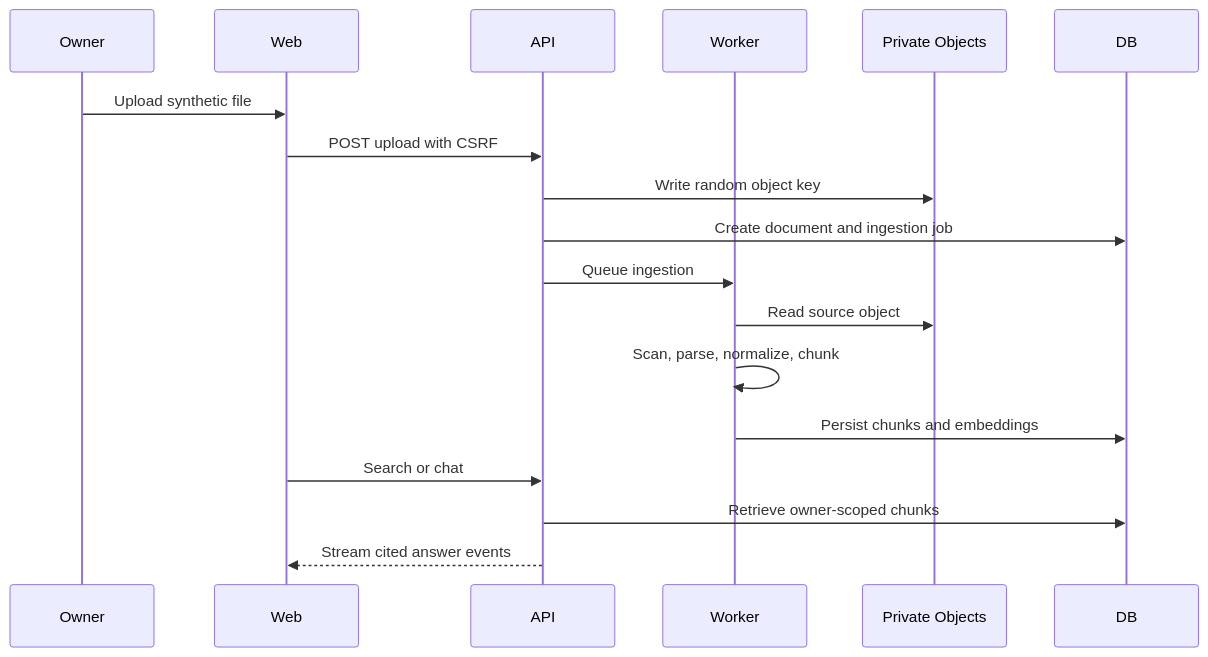
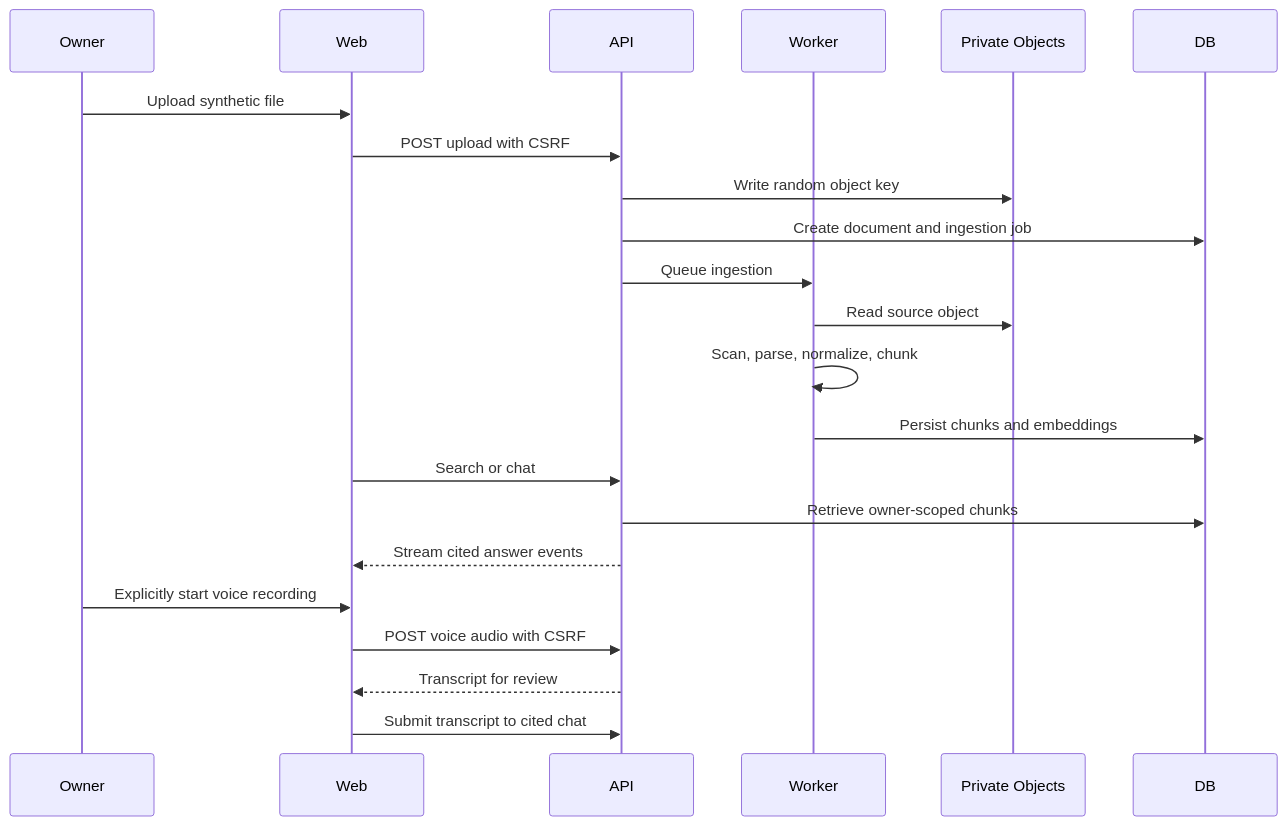
One commit to GregB712/Loomi-Brain changed the third of 3 diagrams in README.md. Above: the diagram before and after it, drawn with Mermaid. The commit also changed other lines of this file and 36 other files, not shown here.

````diff
--- a/README.md
+++ b/README.md
@@ -57,20 +60,24 @@
 ```mermaid
 sequenceDiagram
   participant Owner
   participant Web
   participant API
   participant Worker
   participant Store as Private Objects
   participant DB
   Owner->>Web: Upload synthetic file
   Web->>API: POST upload with CSRF
   API->>Store: Write random object key
   API->>DB: Create document and ingestion job
   API->>Worker: Queue ingestion
   Worker->>Store: Read source object
   Worker->>Worker: Scan, parse, normalize, chunk
   Worker->>DB: Persist chunks and embeddings
   Web->>API: Search or chat
   API->>DB: Retrieve owner-scoped chunks
   API-->>Web: Stream cited answer events
+  Owner->>Web: Explicitly start voice recording
+  Web->>API: POST voice audio with CSRF
+  API-->>Web: Transcript for review
+  Web->>API: Submit transcript to cited chat
 ```
````
